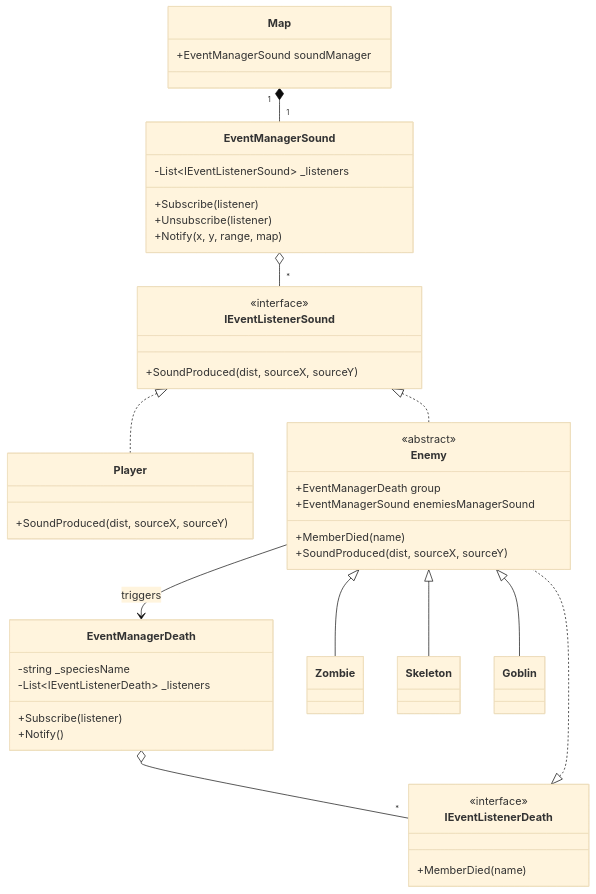
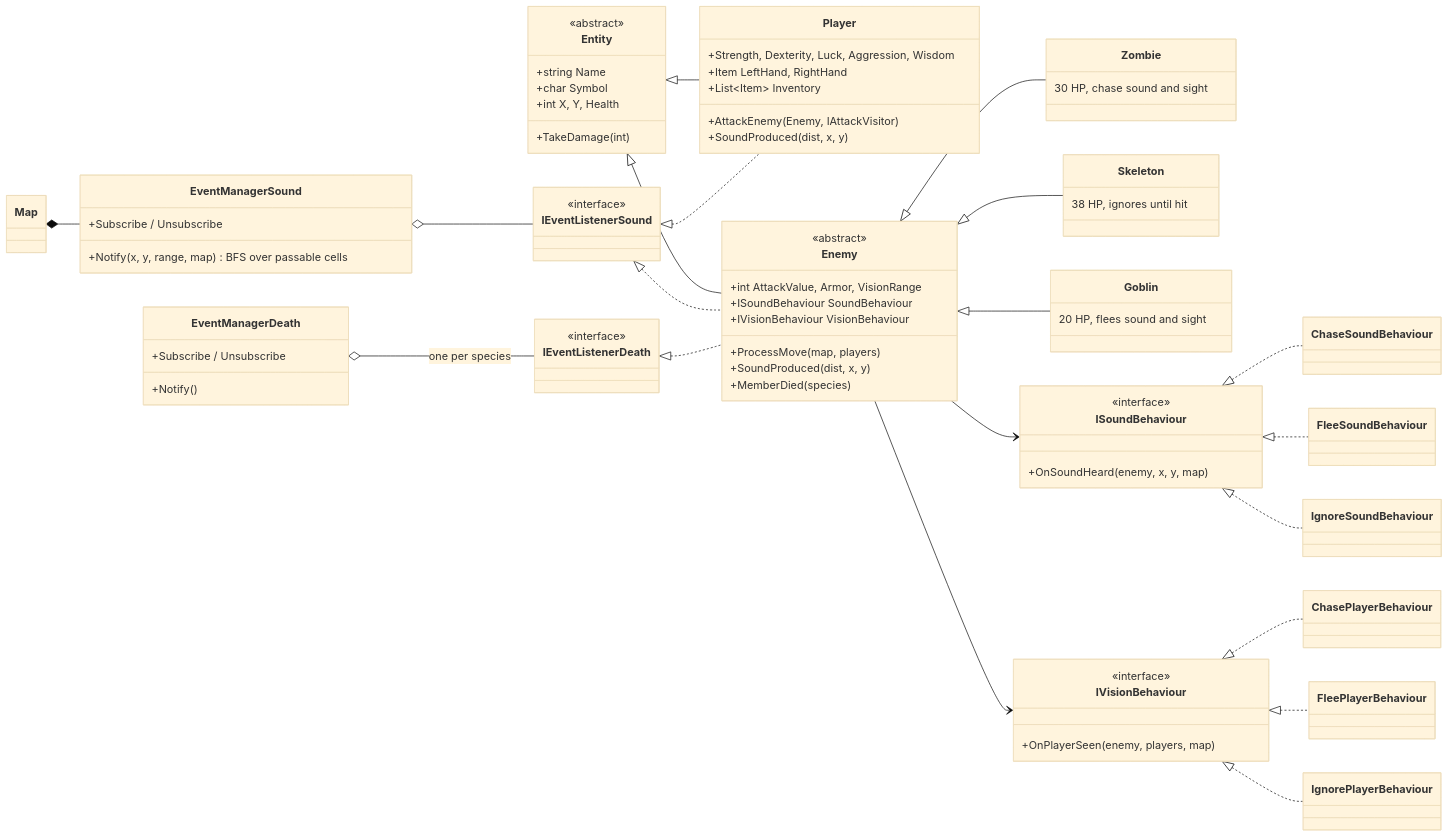
One commit to anniigr/Console-RPG changed the sixth of 6 diagrams in Readme.md. Above: the diagram before and after it, drawn with Mermaid (base theme). The commit also changed other lines of this file and 6 other files, not shown here.

Commit message:
Rewrite README with real screenshots, verified architecture docs and known issues

````diff
--- a/Readme.md
+++ b/Readme.md
@@ -473,60 +429,78 @@
 ```mermaid
 classDiagram
-    class Map {
-        +EventManagerSound soundManager
+    direction LR
+    class Entity {
+        <<abstract>>
+        +string Name
+        +char Symbol
+        +int X, Y, Health
+        +TakeDamage(int)
+    }
+    class Player {
+        +Strength, Dexterity, Luck, Aggression, Wisdom
+        +Item LeftHand, RightHand
+        +List~Item~ Inventory
+        +AttackEnemy(Enemy, IAttackVisitor)
+        +SoundProduced(dist, x, y)
+    }
+    class Enemy {
+        <<abstract>>
+        +int AttackValue, Armor, VisionRange
+        +ISoundBehaviour SoundBehaviour
+        +IVisionBehaviour VisionBehaviour
+        +ProcessMove(map, players)
+        +SoundProduced(dist, x, y)
+        +MemberDied(species)
+    }
+    class Zombie {
+        30 HP, chase sound and sight
+    }
+    class Skeleton {
+        38 HP, ignores until hit
+    }
+    class Goblin {
+        20 HP, flees sound and sight
+    }
+    class ISoundBehaviour {
+        <<interface>>
+        +OnSoundHeard(enemy, x, y, map)
+    }
+    class IVisionBehaviour {
+        <<interface>>
+        +OnPlayerSeen(enemy, players, map)
+    }
+    class EventManagerSound {
+        +Subscribe / Unsubscribe
+        +Notify(x, y, range, map)  BFS over passable cells
+    }
+    class EventManagerDeath {
+        +Subscribe / Unsubscribe
+        +Notify()
+    }
+    class IEventListenerSound {
+        <<interface>>
+    }
+    class IEventListenerDeath {
+        <<interface>>
     }
 
-    class EventManagerSound {
-        -List~IEventListenerSound~ _listeners
-        +Subscribe(listener)
-        +Unsubscribe(listener)
-        +Notify(x, y, range, map)
-    }
-
-    class EventManagerDeath {
-        -string _speciesName
-        -List~IEventListenerDeath~ _listeners
-        +Subscribe(listener)
-        +Notify()
-    }
-
-    class IEventListenerSound {
-        <<interface>>
-        +SoundProduced(dist, sourceX, sourceY)
-    }
-
-    class IEventListenerDeath {
-        <<interface>>
-        +MemberDied(name)
-    }
-
-    class Player {
-        +SoundProduced(dist, sourceX, sourceY)
-    }
-
-    class Enemy {
-        <<abstract>>
-        +EventManagerDeath group
-        +EventManagerSound enemiesManagerSound
-        +MemberDied(name)
-        +SoundProduced(dist, sourceX, sourceY)
-    }
-
-    class Zombie
-    class Skeleton
-    class Goblin
-
-    Map "1" *-- "1" EventManagerSound
-    EventManagerSound o-- "*" IEventListenerSound
-    EventManagerDeath o-- "*" IEventListenerDeath
-
+    Entity <|-- Player
+    Entity <|-- Enemy
+    Enemy <|-- Zombie
+    Enemy <|-- Skeleton
+    Enemy <|-- Goblin
+    Enemy --> ISoundBehaviour
+    Enemy --> IVisionBehaviour
+    ISoundBehaviour <|.. ChaseSoundBehaviour
+    ISoundBehaviour <|.. FleeSoundBehaviour
+    ISoundBehaviour <|.. IgnoreSoundBehaviour
+    IVisionBehaviour <|.. ChasePlayerBehaviour
+    IVisionBehaviour <|.. FleePlayerBehaviour
+    IVisionBehaviour <|.. IgnorePlayerBehaviour
     IEventListenerSound <|.. Player
     IEventListenerSound <|.. Enemy
     IEventListenerDeath <|.. Enemy
-
-    Enemy <|-- Zombie
-    Enemy <|-- Skeleton
-    Enemy <|-- Goblin
-    
-    Enemy --> EventManagerDeath : triggers
+    EventManagerSound o-- IEventListenerSound
+    EventManagerDeath o-- IEventListenerDeath : one per species
+    Map *-- EventManagerSound
 ```
````
